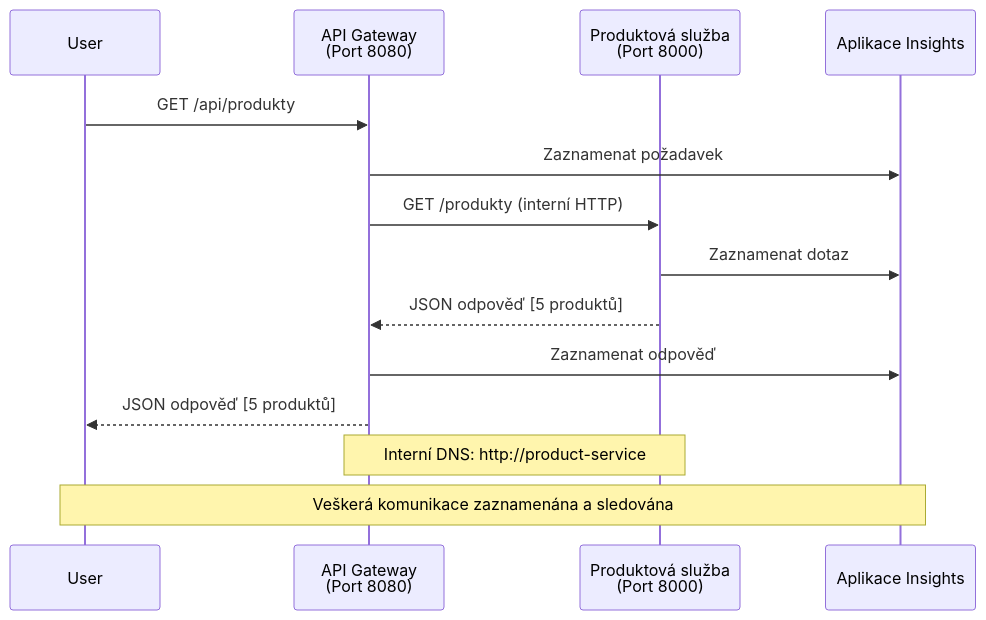
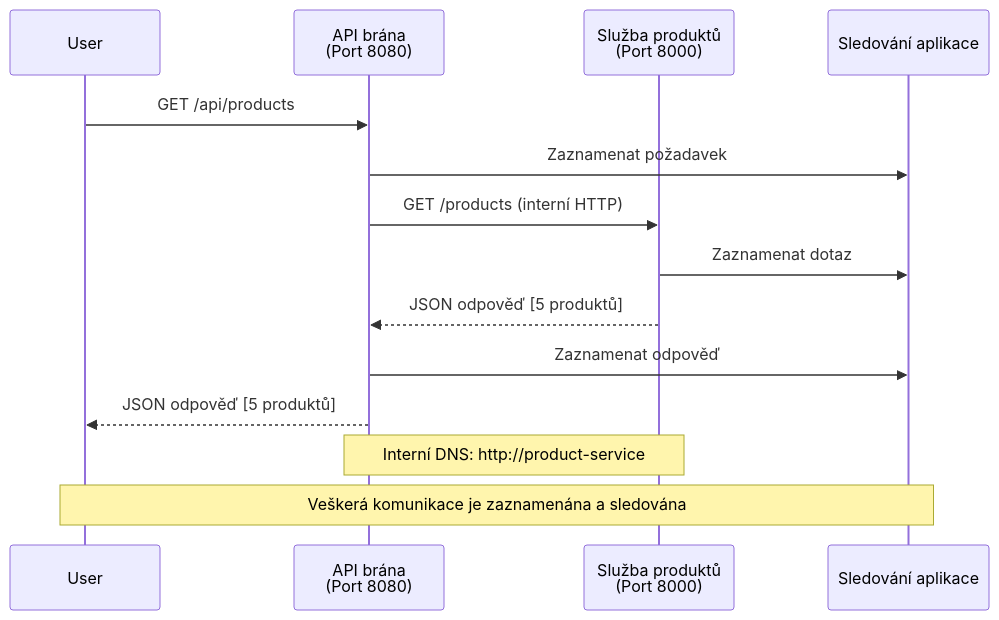
Before and after one commit to microsoft/AZD-for-beginners: the fourth of 4 diagrams in translations/cs/examples/microservices/README.md, drawn with Mermaid. The commit also changed other lines of this file and 243 other files, not shown here.

````diff
--- a/translations/cs/examples/microservices/README.md
+++ b/translations/cs/examples/microservices/README.md
@@ -432,18 +423,18 @@
 ```mermaid
 sequenceDiagram
     participant User
-    participant Gateway as API Gateway<br/>(Port 8080)
-    participant Product as Produktová služba<br/>(Port 8000)
-    participant AI as Aplikace Insights
+    participant Gateway as API brána<br/>(Port 8080)
+    participant Product as Služba produktů<br/>(Port 8000)
+    participant AI as Sledování aplikace
     
-    User->>Gateway: GET /api/produkty
+    User->>Gateway: GET /api/products
     Gateway->>AI: Zaznamenat požadavek
-    Gateway->>Product: GET /produkty (interní HTTP)
+    Gateway->>Product: GET /products (interní HTTP)
     Product->>AI: Zaznamenat dotaz
     Product-->>Gateway: JSON odpověď [5 produktů]
     Gateway->>AI: Zaznamenat odpověď
     Gateway-->>User: JSON odpověď [5 produktů]
     
     Note over Gateway,Product: Interní DNS: http://product-service
-    Note over User,AI: Veškerá komunikace zaznamenána a sledována
+    Note over User,AI: Veškerá komunikace je zaznamenána a sledována
 ```
````
